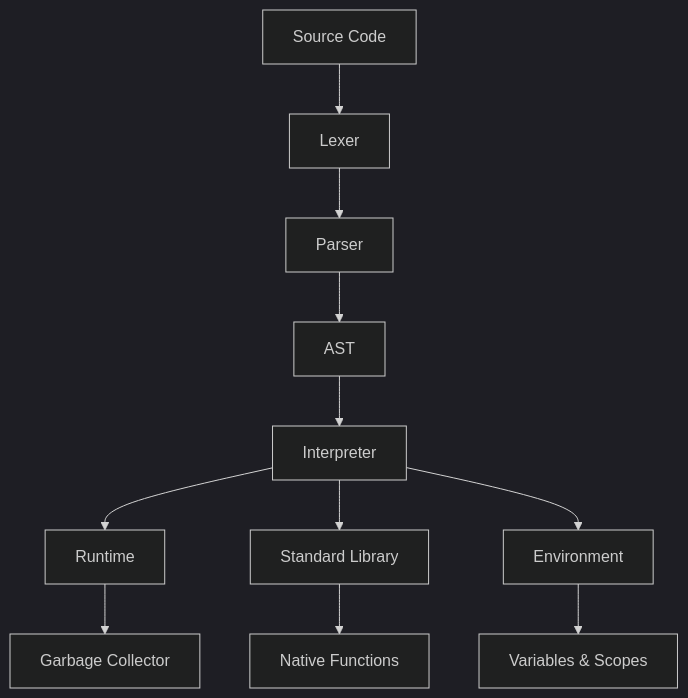
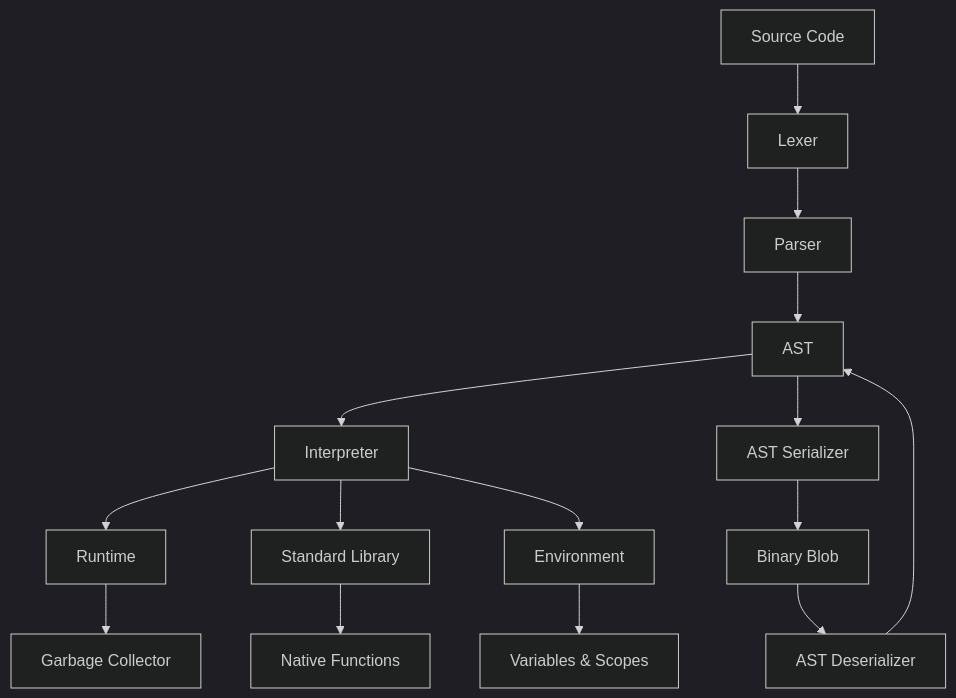
The diagram in docs/ARCHITECTURE.md (torkelicious/ObSL), drawn with Mermaid (dark theme) before and after one commit. The commit also changed other lines of this file and 9 other files, not shown here.

````diff
--- a/docs/ARCHITECTURE.md
+++ b/docs/ARCHITECTURE.md
@@ -7,13 +7,18 @@
 ```mermaid
 graph TD
     A[Source Code] --> B[Lexer]
     B --> C[Parser]
     C --> D[AST]
     D --> E[Interpreter]
     E --> F[Runtime]
     F --> G[Garbage Collector]
     E --> H[Standard Library]
     H --> I[Native Functions]
     E --> J[Environment]
     J --> K[Variables & Scopes]
+
+    D --> L[AST Serializer]
+    L --> M[Binary Blob]
+    M --> N[AST Deserializer]
+    N --> D
 ```
````
